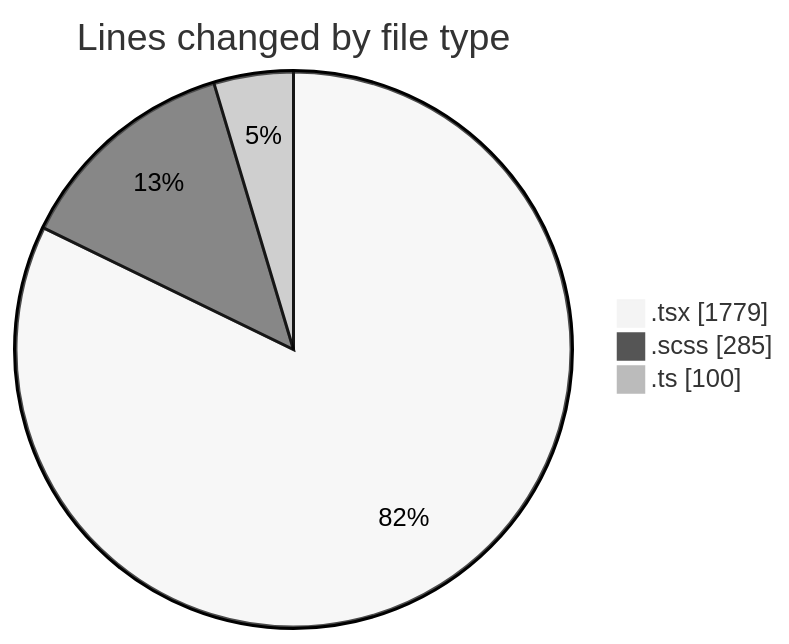
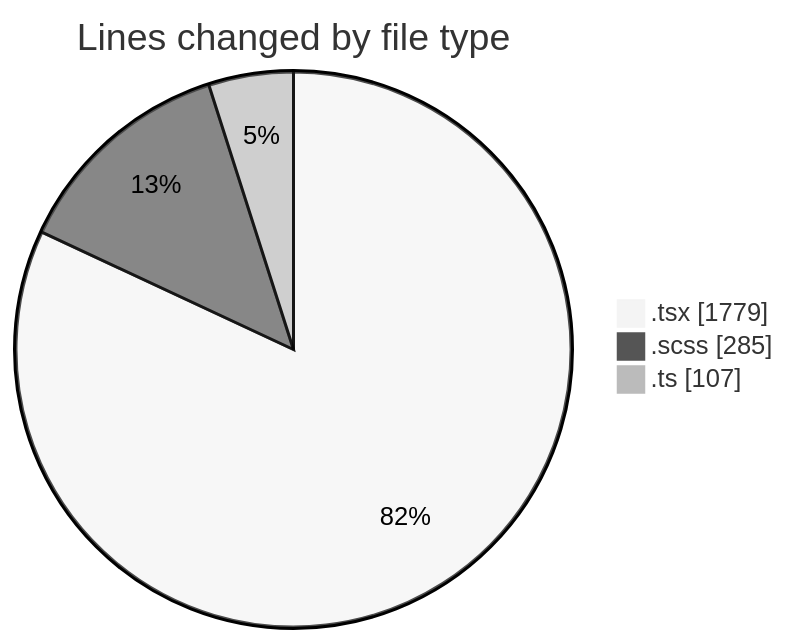
The first of 2 diagrams in 2026-02-25/cda/README.md (momahboobian/code-tracking), drawn with Mermaid (neutral theme) before and after one commit. The commit also changed other lines of this file and 1 other file, not shown here.

````diff
--- a/2026-02-25/cda/README.md
+++ b/2026-02-25/cda/README.md
@@ -23,7 +23,7 @@
 ```mermaid
 pie showData
 title Lines changed by file type
 ".tsx" : 1779
 ".scss" : 285
-".ts" : 100
+".ts" : 107
 ```
````
